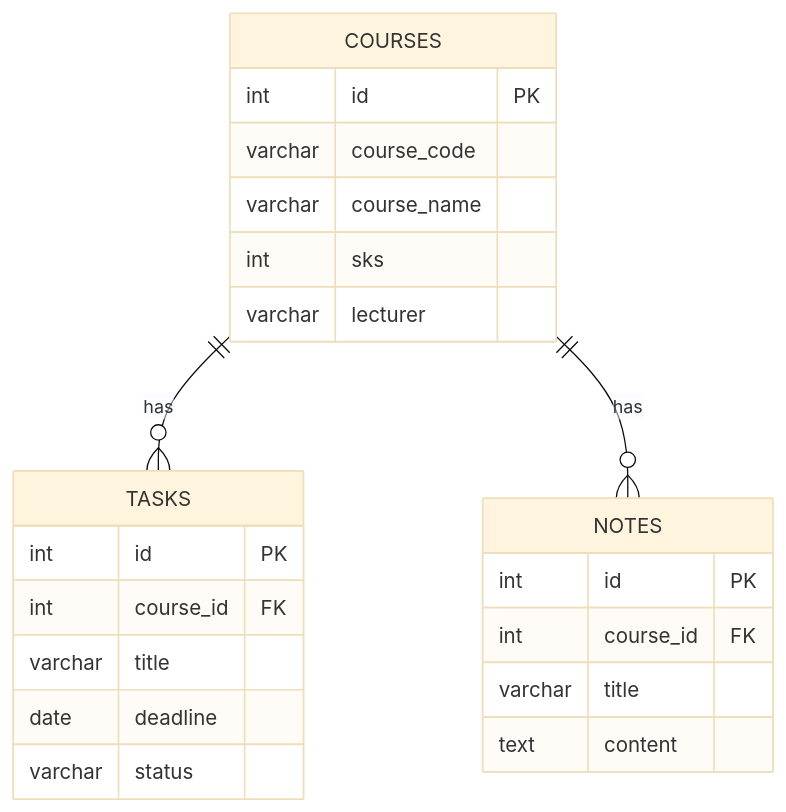
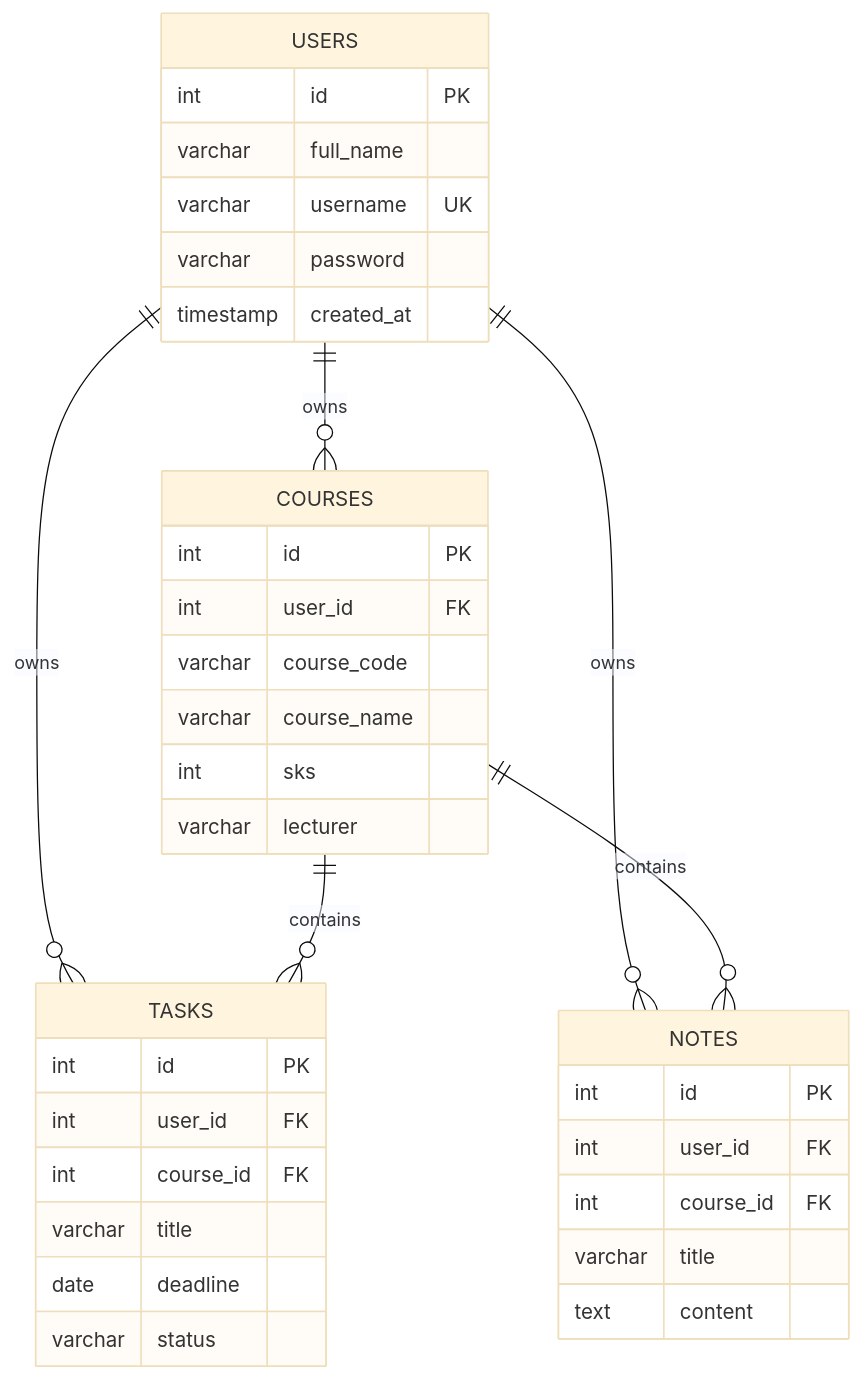
One commit to RifkiFrds/umt-academic-asisstant changed the second of 8 diagrams in SSD.md. Above: the diagram before and after it, drawn with Mermaid (base theme). The commit also changed other lines of this file and 8 other files, not shown here.

````diff
--- a/SSD.md
+++ b/SSD.md
@@ -111,30 +129,42 @@
 ```mermaid
 erDiagram
+    USERS ||--o{ COURSES : owns
+    USERS ||--o{ TASKS : owns
+    USERS ||--o{ NOTES : owns
+    COURSES ||--o{ TASKS : contains
+    COURSES ||--o{ NOTES : contains
 
-COURSES ||--o{ TASKS : has
+    USERS {
+        int id PK
+        varchar full_name
+        varchar username UK
+        varchar password
+        timestamp created_at
+    }
 
-COURSES ||--o{ NOTES : has
+    COURSES {
+        int id PK
+        int user_id FK
+        varchar course_code
+        varchar course_name
+        int sks
+        varchar lecturer
+    }
 
-COURSES {
-    int id PK
-    varchar course_code
-    varchar course_name
-    int sks
-    varchar lecturer
-}
+    TASKS {
+        int id PK
+        int user_id FK
+        int course_id FK
+        varchar title
+        date deadline
+        varchar status
+    }
 
-TASKS {
-    int id PK
-    int course_id FK
-    varchar title
-    date deadline
-    varchar status
-}
-
-NOTES {
-    int id PK
-    int course_id FK
-    varchar title
-    text content
-}
+    NOTES {
+        int id PK
+        int user_id FK
+        int course_id FK
+        varchar title
+        text content
+    }
 ```
````
